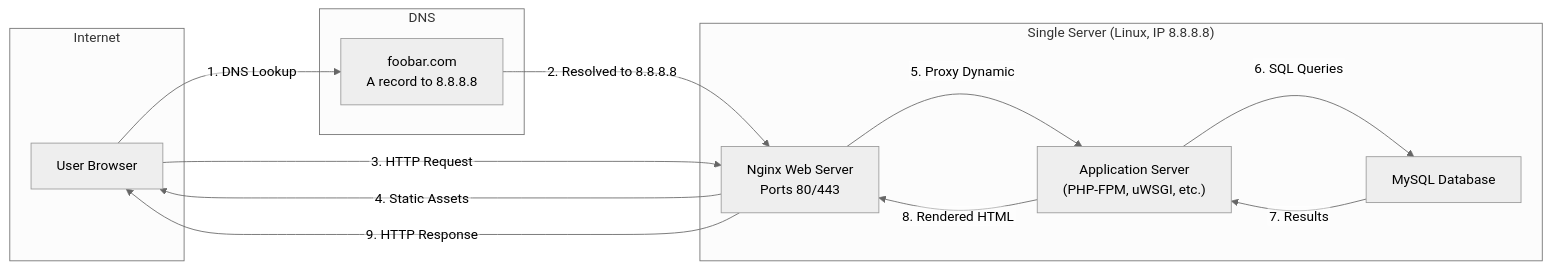
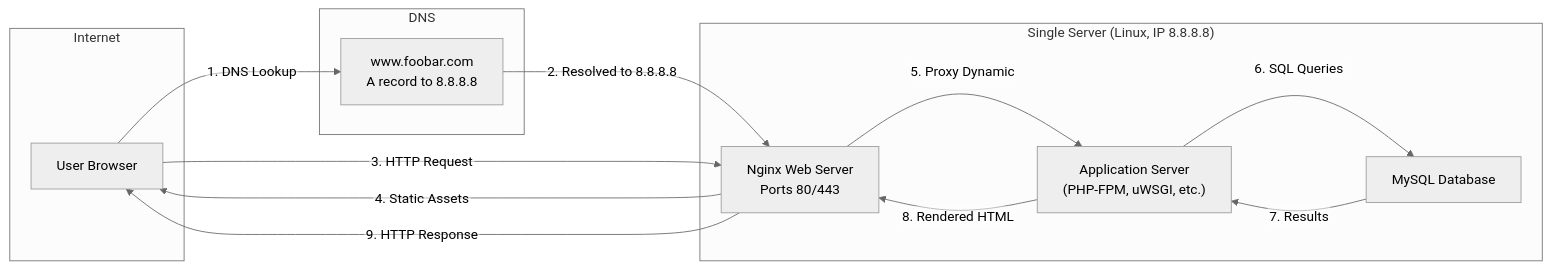
The diagram in web_infrastructure_design/0-simple_web_stack.md (anonyd0go/holbertonschool-system_engineering-devops), drawn with Mermaid (neutral theme) before and after one commit.

Commit message:
Correct simple_web_stack.md

````diff
--- a/web_infrastructure_design/0-simple_web_stack.md
+++ b/web_infrastructure_design/0-simple_web_stack.md
@@ -7,27 +7,27 @@
 ```mermaid
 %%{init:{"flowchart":{"htmlLabels":false}}}%%
 flowchart LR
     subgraph Internet
       A[User Browser]
     end
 
     subgraph DNS
-      B[foobar.com<br>A record to 8.8.8.8]
+      B[www.foobar.com<br>A record to 8.8.8.8]
     end
 
     subgraph Server["Single Server (Linux, IP 8.8.8.8)"]
       C["Nginx Web Server\nPorts 80/443"]
       D["Application Server\n(PHP‑FPM, uWSGI, etc.)"]
       E["MySQL Database"]
     end
 
     A -- "1. DNS Lookup" --> B
     B -- "2. Resolved to 8.8.8.8" --> C
     A -- "3. HTTP Request" --> C
     C -- "4. Static Assets" --> A
     C -- "5. Proxy Dynamic" --> D
     D -- "6. SQL Queries" --> E
     E -- "7. Results" --> D
     D -- "8. Rendered HTML" --> C
     C -- "9. HTTP Response" --> A
 ```
````
